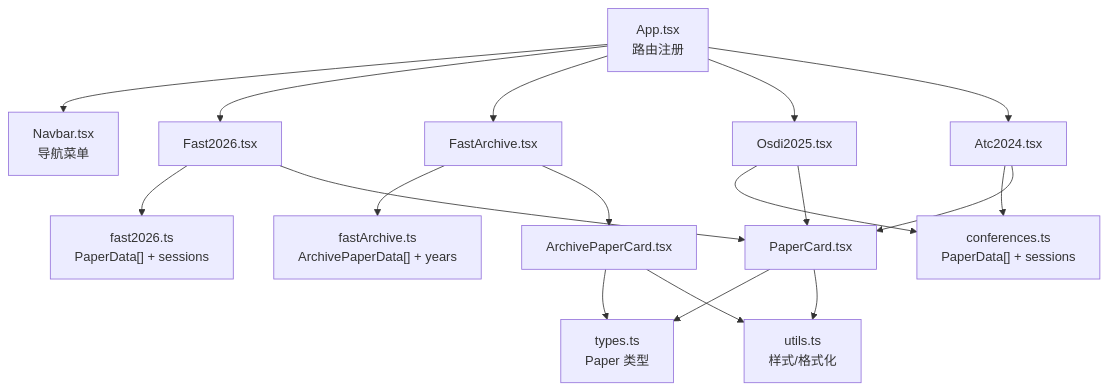
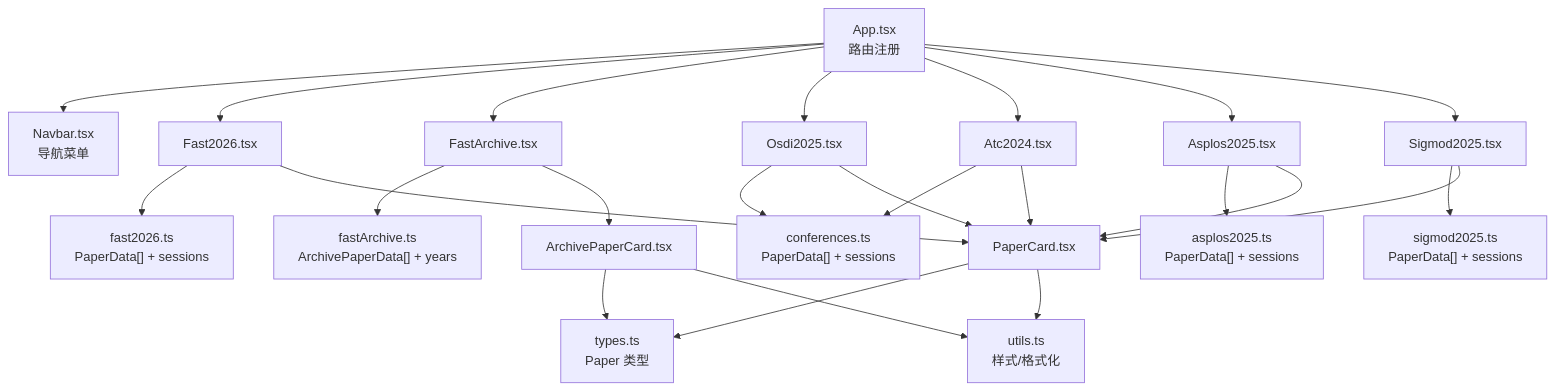
Before and after one commit to erikliu123/storage_ai_blog: the second of 3 diagrams in .qoder/repowiki/zh/content/页面组件/会议专题页面.md, drawn with Mermaid. The commit also changed other lines of this file and 84 other files, not shown here.

````diff
--- a/.qoder/repowiki/zh/content/页面组件/会议专题页面.md
+++ b/.qoder/repowiki/zh/content/页面组件/会议专题页面.md
@@ -149,20 +181,26 @@
 ```mermaid
 graph TB
 APP["App.tsx<br/>路由注册"] --> NAV["Navbar.tsx<br/>导航菜单"]
 APP --> PAGE_F["Fast2026.tsx"]
 APP --> PAGE_FA["FastArchive.tsx"]
 APP --> PAGE_O["Osdi2025.tsx"]
 APP --> PAGE_A["Atc2024.tsx"]
+APP --> PAGE_AS["Asplos2025.tsx"]
+APP --> PAGE_S["Sigmod2025.tsx"]
 PAGE_F --> DATA_F["fast2026.ts<br/>PaperData[] + sessions"]
 PAGE_FA --> DATA_FA["fastArchive.ts<br/>ArchivePaperData[] + years"]
 PAGE_O --> DATA_C["conferences.ts<br/>PaperData[] + sessions"]
 PAGE_A --> DATA_C
+PAGE_AS --> DATA_AS["asplos2025.ts<br/>PaperData[] + sessions"]
+PAGE_S --> DATA_S["sigmod2025.ts<br/>PaperData[] + sessions"]
 PAGE_F --> CARD["PaperCard.tsx"]
 PAGE_FA --> ARCHIVE_CARD["ArchivePaperCard.tsx"]
 PAGE_O --> CARD
 PAGE_A --> CARD
+PAGE_AS --> CARD
+PAGE_S --> CARD
 CARD --> TYPES["types.ts<br/>Paper 类型"]
 CARD --> UTILS["utils.ts<br/>样式/格式化"]
 ARCHIVE_CARD --> TYPES
 ARCHIVE_CARD --> UTILS
 ```
````
